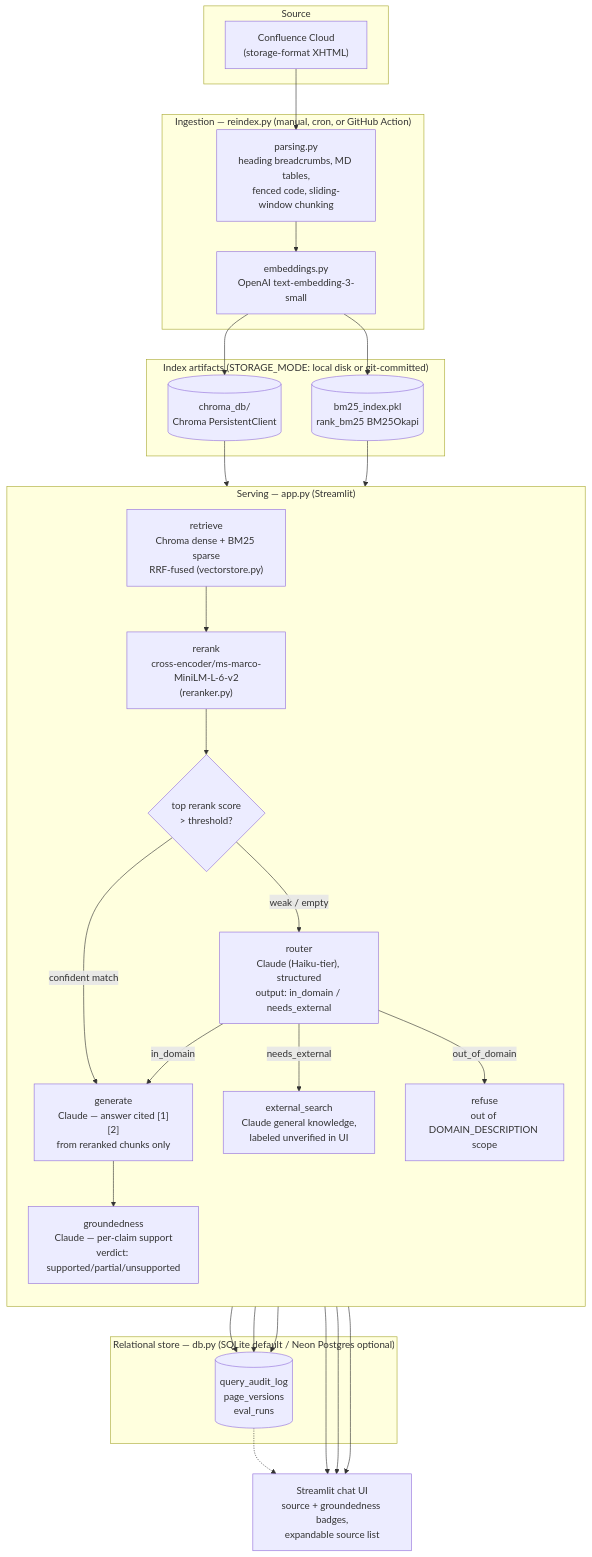
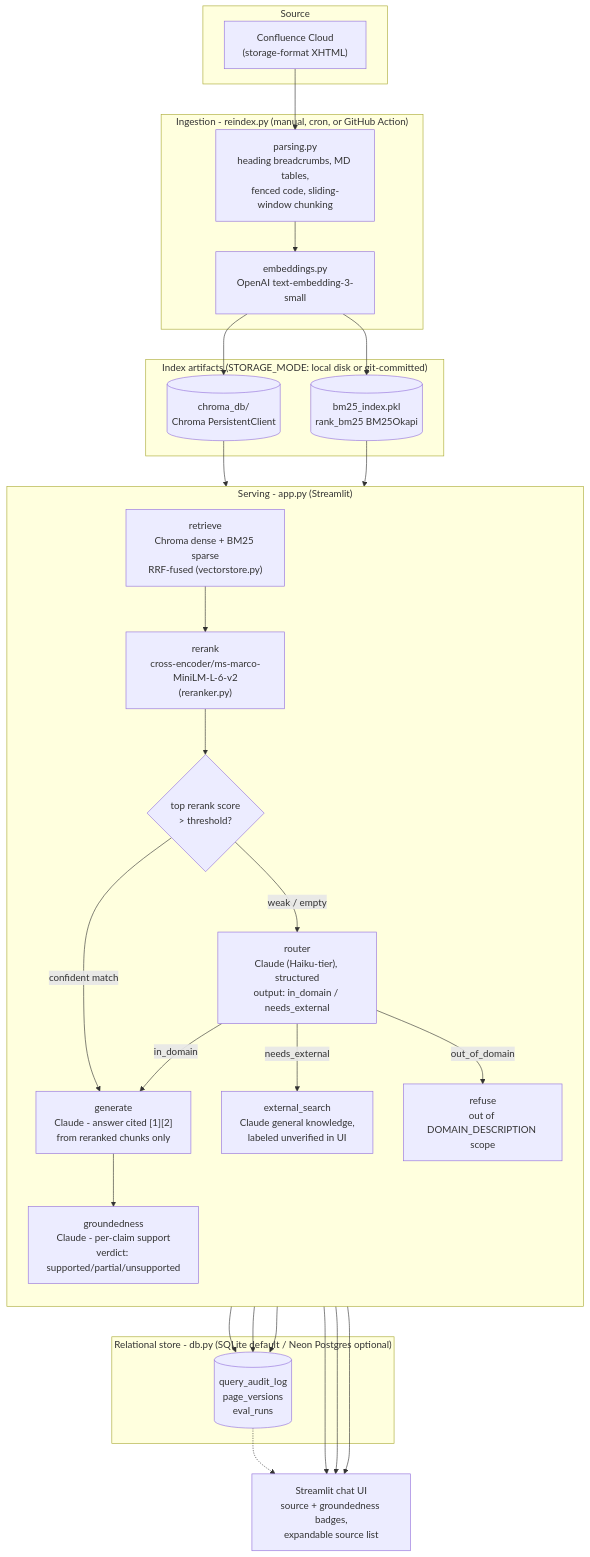
Before and after one commit to chaudharyviv/confluence-rag-platform: the first of 2 diagrams in README.md, drawn with Mermaid. The commit also changed other lines of this file, not shown here.

````diff
--- a/README.md
+++ b/README.md
@@ -24,54 +24,54 @@
 ```mermaid
 flowchart TB
     subgraph Source["Source"]
         CONF["Confluence Cloud\n(storage-format XHTML)"]
     end
 
-    subgraph Ingest["Ingestion — reindex.py (manual, cron, or GitHub Action)"]
+    subgraph Ingest["Ingestion - reindex.py (manual, cron, or GitHub Action)"]
         PARSE["parsing.py\nheading breadcrumbs, MD tables,\nfenced code, sliding-window chunking"]
         EMBED["embeddings.py\nOpenAI text-embedding-3-small"]
         PARSE --> EMBED
     end
 
     subgraph Index["Index artifacts (STORAGE_MODE: local disk or git-committed)"]
         CHROMA[("chroma_db/\nChroma PersistentClient")]
         BM25[("bm25_index.pkl\nrank_bm25 BM25Okapi")]
     end
 
-    subgraph Serve["Serving — app.py (Streamlit)"]
+    subgraph Serve["Serving - app.py (Streamlit)"]
         direction TB
         RET["retrieve\nChroma dense + BM25 sparse\nRRF-fused (vectorstore.py)"]
         RERANK["rerank\ncross-encoder/ms-marco-MiniLM-L-6-v2\n(reranker.py)"]
         GATE{"top rerank score\n> threshold?"}
         ROUTER["router\nClaude (Haiku-tier), structured\noutput: in_domain / needs_external"]
-        GEN["generate\nClaude — answer cited [1][2]\nfrom reranked chunks only"]
-        GROUND["groundedness\nClaude — per-claim support\nverdict: supported/partial/unsupported"]
+        GEN["generate\nClaude - answer cited [1][2]\nfrom reranked chunks only"]
+        GROUND["groundedness\nClaude - per-claim support\nverdict: supported/partial/unsupported"]
         EXT["external_search\nClaude general knowledge,\nlabeled unverified in UI"]
         REFUSE["refuse\nout of DOMAIN_DESCRIPTION scope"]
 
         RET --> RERANK --> GATE
         GATE -- "confident match" --> GEN
         GATE -- "weak / empty" --> ROUTER
         ROUTER -- in_domain --> GEN
         ROUTER -- needs_external --> EXT
         ROUTER -- out_of_domain --> REFUSE
         GEN --> GROUND
     end
 
-    subgraph Audit["Relational store — db.py (SQLite default / Neon Postgres optional)"]
+    subgraph Audit["Relational store - db.py (SQLite default / Neon Postgres optional)"]
         LOG[("query_audit_log\npage_versions\neval_runs")]
     end
 
     CONF --> PARSE
     EMBED --> CHROMA
     EMBED --> BM25
     CHROMA --> RET
     BM25 --> RET
     GROUND --> LOG
     EXT --> LOG
     REFUSE --> LOG
     LOG -.-> UI["Streamlit chat UI\nsource + groundedness badges,\nexpandable source list"]
     GROUND --> UI
     EXT --> UI
     REFUSE --> UI
 ```
````
